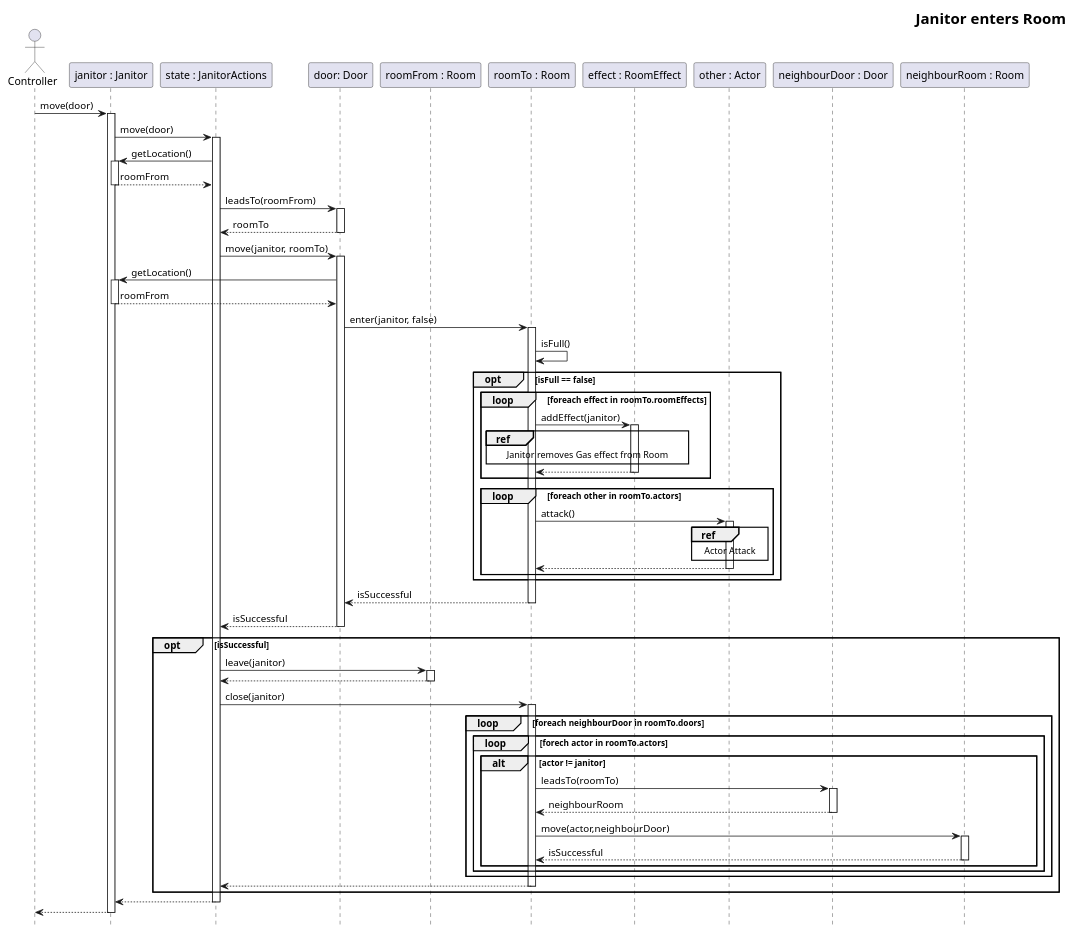
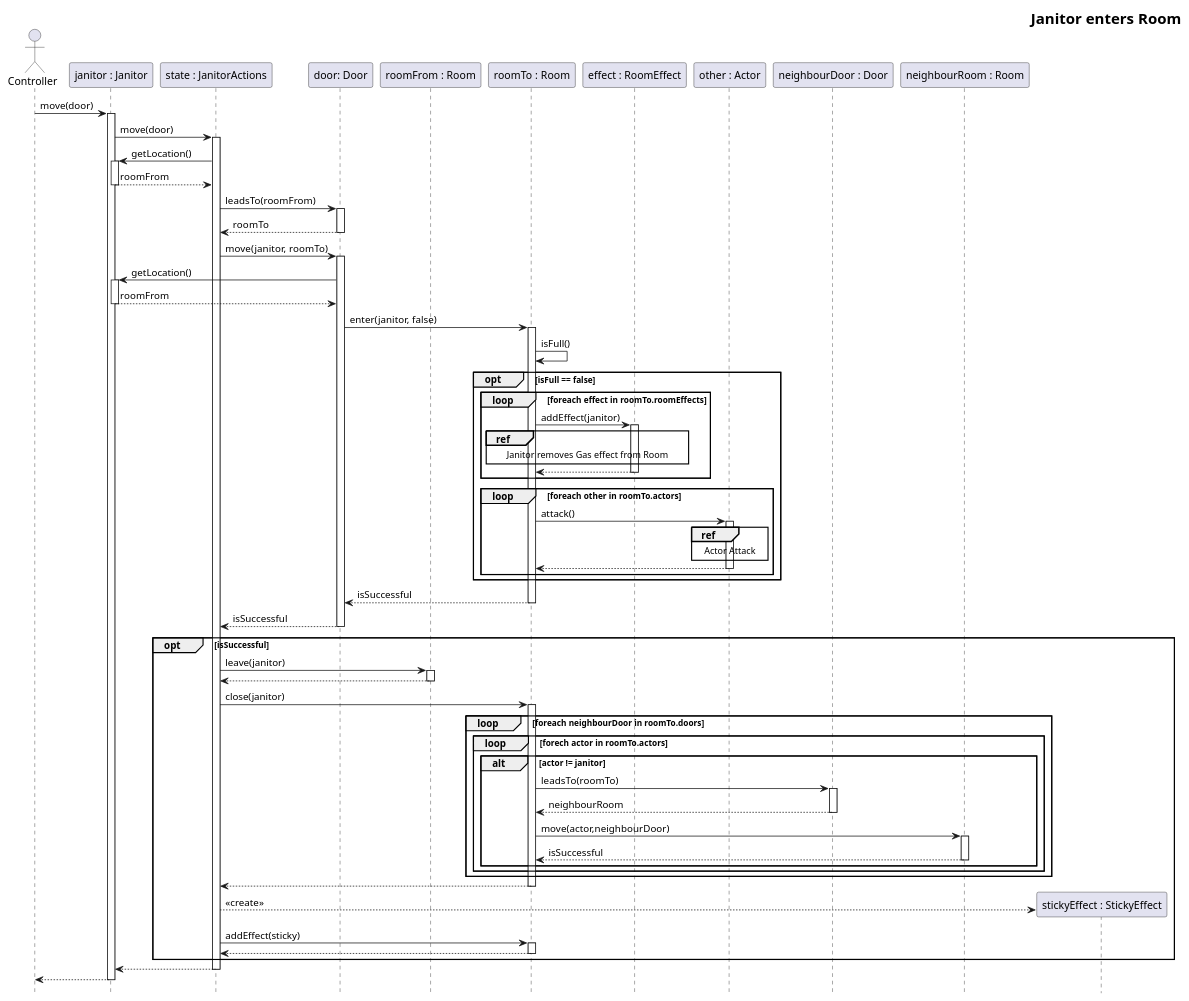
The diagram in docs/sequence/actor/JanitorMoves.puml (Kristof-me/Logarlec), drawn with PlantUML before and after one commit. The commit also changed 11 other files, not shown here.

```diff
--- a/docs/sequence/actor/JanitorMoves.puml
+++ b/docs/sequence/actor/JanitorMoves.puml
@@ -1,78 +1,80 @@
 @startuml JanitorEnters
 skinparam headerFontSize 20
 skinparam HeaderFontColor #000000
 skinparam HeaderFontStyle bold
 header Janitor enters Room
 
 hide footbox
 
 actor C as "Controller"
 participant J as "janitor : Janitor"
 participant S as "state : JanitorActions"
 participant D as "door: Door"
 participant R1 as "roomFrom : Room"
 participant R2 as "roomTo : Room"
 participant E as "effect : RoomEffect"
 participant O as "other : Actor"
 participant ND as "neighbourDoor : Door"
 participant NR as "neighbourRoom : Room"
 
 C -> J ++: move(door)
 J -> S ++: move(door)
 S -> J ++: getLocation()
 return roomFrom
 S -> D ++: leadsTo(roomFrom)
 return roomTo
 S -> D ++: move(janitor, roomTo)
 D -> J ++: getLocation()
 return roomFrom
 D -> R2 ++: enter(janitor, false)
 R2 -> R2 : isFull()
 
 opt isFull == false
     loop foreach effect in roomTo.roomEffects
         R2 -> E ++: addEffect(janitor)
             ref over R2,E
                 Janitor removes Gas effect from Room
             end ref
         return
 
     end
 
     loop foreach other in roomTo.actors
         R2 -> O ++ : attack()
 
         ref over O
             Actor Attack
         end ref
         return
     end
 end
 
 
 return isSuccessful
 return isSuccessful
 
 opt isSuccessful
     S -> R1 ++: leave(janitor)
     return
     S -> R2 ++: close(janitor)
 
         loop foreach neighbourDoor in roomTo.doors
             loop forech actor in roomTo.actors
                 alt actor != janitor
                     R2 -> ND ++: leadsTo(roomTo)
                     return neighbourRoom
                     R2 -> NR ++: move(actor,neighbourDoor)
                     return isSuccessful
                 end
             end
         end
     return
-
+    create sticky as "stickyEffect : StickyEffect"
+    S --> sticky : <<create>>
+    S -> R2 ++: addEffect(sticky)
+    return
 end
 
 return
 return
-
 @enduml
```
